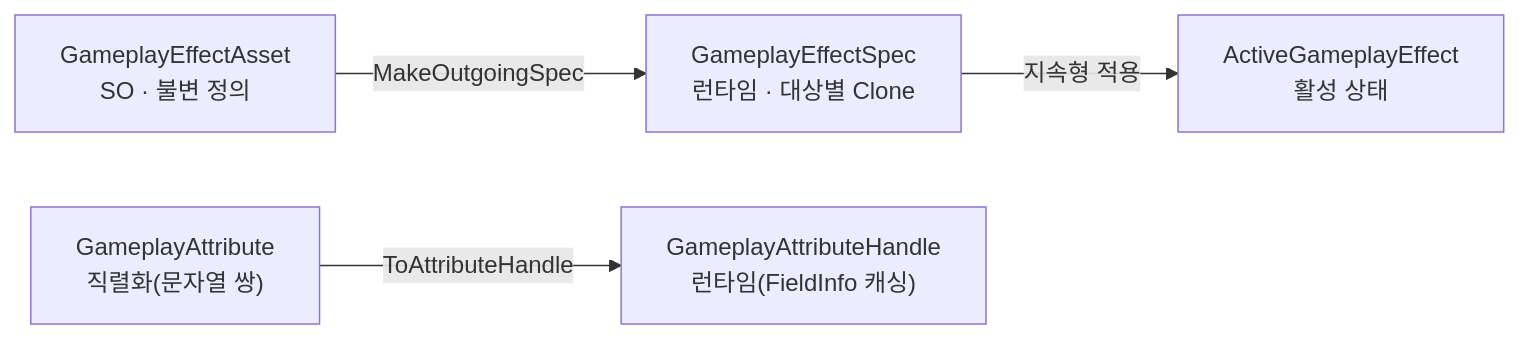
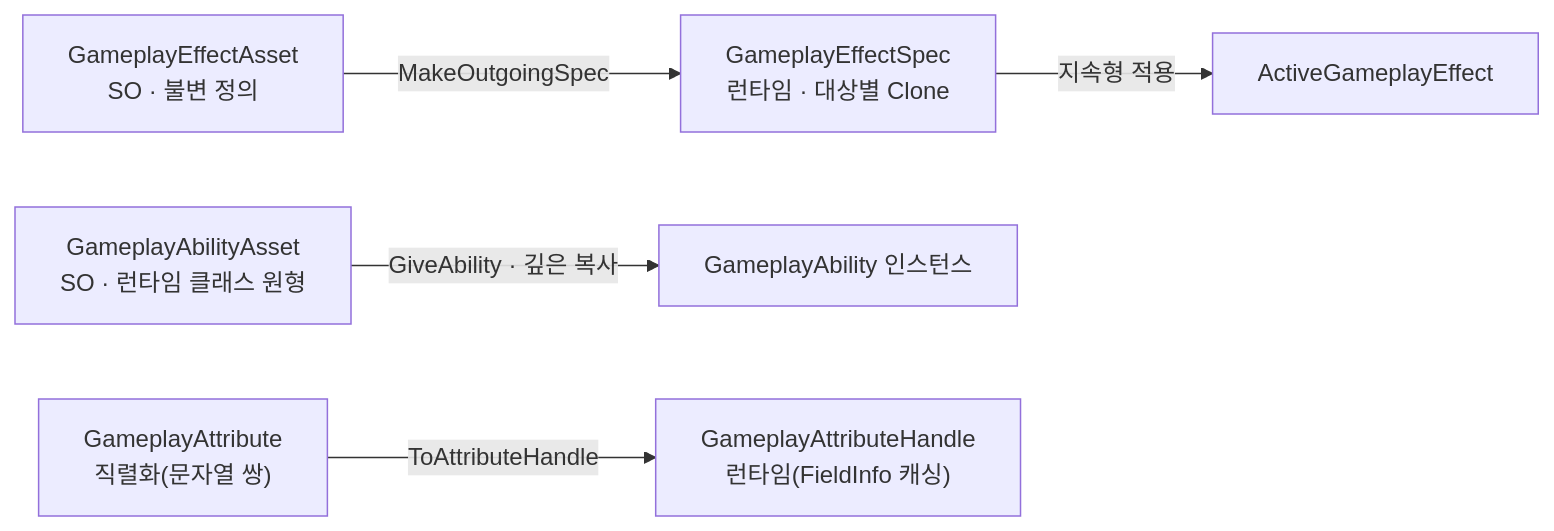
One commit to hanaaple/AbilitySystem-For-Unity changed the second of 3 diagrams in dev-docs/project/architecture/ability-system/overview.md. Above: the diagram before and after it, drawn with Mermaid. The commit also changed other lines of this file and 862 other files, not shown here.

````diff
--- a/dev-docs/project/architecture/ability-system/overview.md
+++ b/dev-docs/project/architecture/ability-system/overview.md
@@ -32,6 +37,7 @@
 ```mermaid
 flowchart LR
-    ASSET["GameplayEffectAsset<br/>SO · 불변 정의"] -->|MakeOutgoingSpec| SPEC["GameplayEffectSpec<br/>런타임 · 대상별 Clone"]
-    SPEC -->|지속형 적용| AGE2["ActiveGameplayEffect<br/>활성 상태"]
+    GEA["GameplayEffectAsset<br/>SO · 불변 정의"] -->|MakeOutgoingSpec| SPEC["GameplayEffectSpec<br/>런타임 · 대상별 Clone"]
+    SPEC -->|지속형 적용| AGE2["ActiveGameplayEffect"]
+    GAA["GameplayAbilityAsset<br/>SO · 런타임 클래스 원형"] -->|GiveAbility · 깊은 복사| GA["GameplayAbility 인스턴스"]
     ATTR["GameplayAttribute<br/>직렬화(문자열 쌍)"] -->|ToAttributeHandle| HANDLE["GameplayAttributeHandle<br/>런타임(FieldInfo 캐싱)"]
 ```
````
